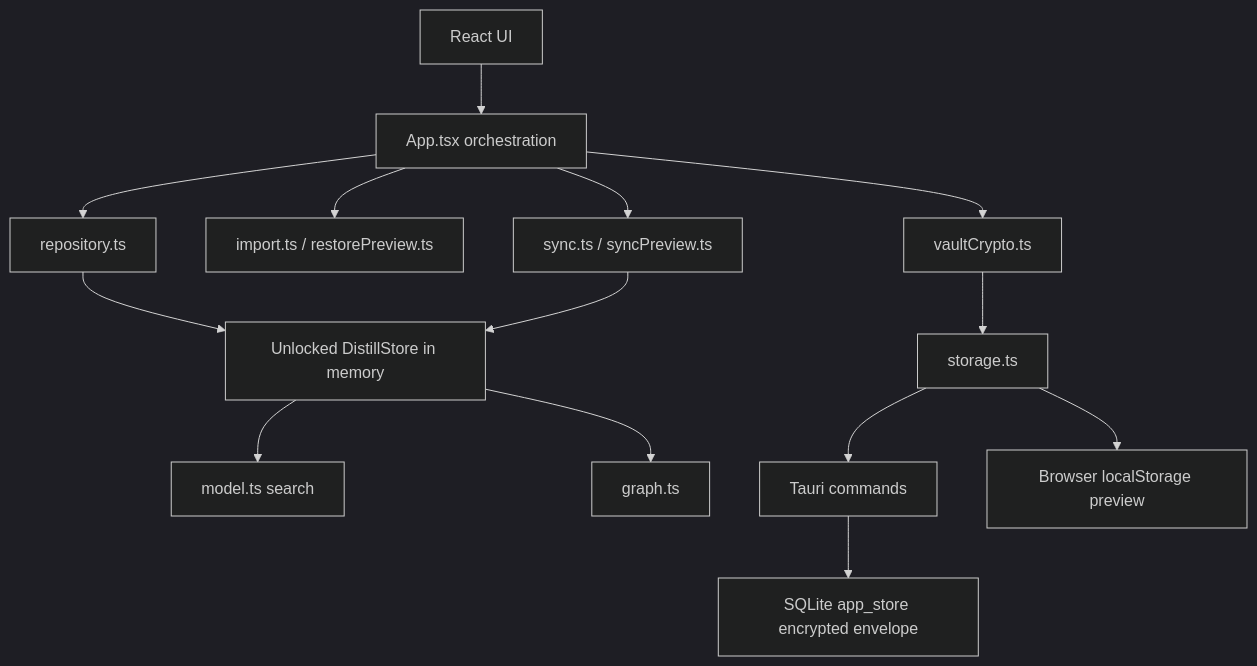
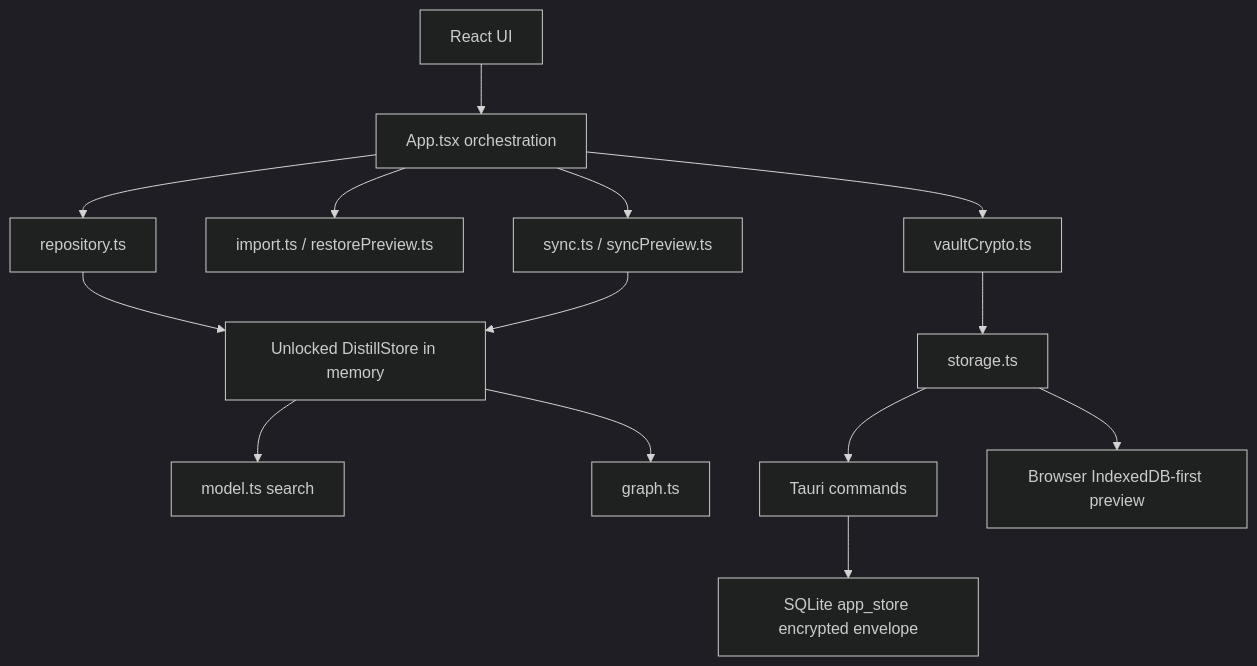
The third of 3 diagrams in docs/distill_system_design.md (awakertakeshi0312-jpg/distill), drawn with Mermaid (dark theme) before and after one commit. The commit also changed 20 other files, not shown here.

````diff
--- a/docs/distill_system_design.md
+++ b/docs/distill_system_design.md
@@ -181,16 +181,16 @@
 ```mermaid
 flowchart TB
   UI["React UI"] --> App["App.tsx orchestration"]
   App --> Repo["repository.ts"]
   App --> Import["import.ts / restorePreview.ts"]
   App --> Sync["sync.ts / syncPreview.ts"]
   App --> Crypto["vaultCrypto.ts"]
   Repo --> Store["Unlocked DistillStore in memory"]
   Sync --> Store
   Store --> Search["model.ts search"]
   Store --> Graph["graph.ts"]
   Crypto --> Storage["storage.ts"]
   Storage --> Tauri["Tauri commands"]
-  Storage --> Browser["Browser localStorage preview"]
+  Storage --> Browser["Browser IndexedDB-first preview"]
   Tauri --> SQLite["SQLite app_store encrypted envelope"]
 ```
````
